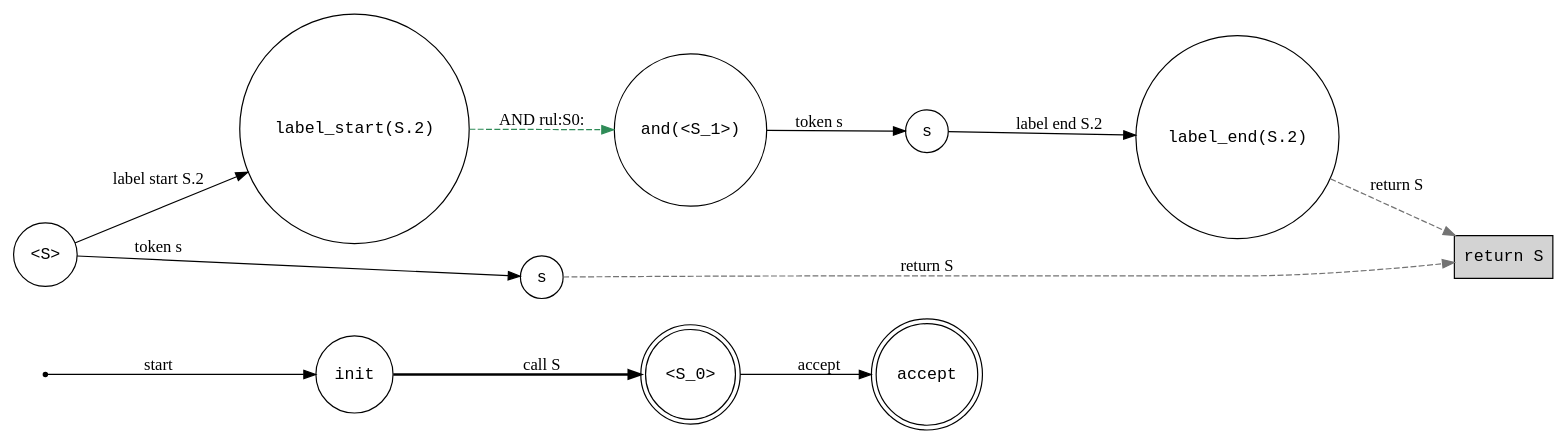
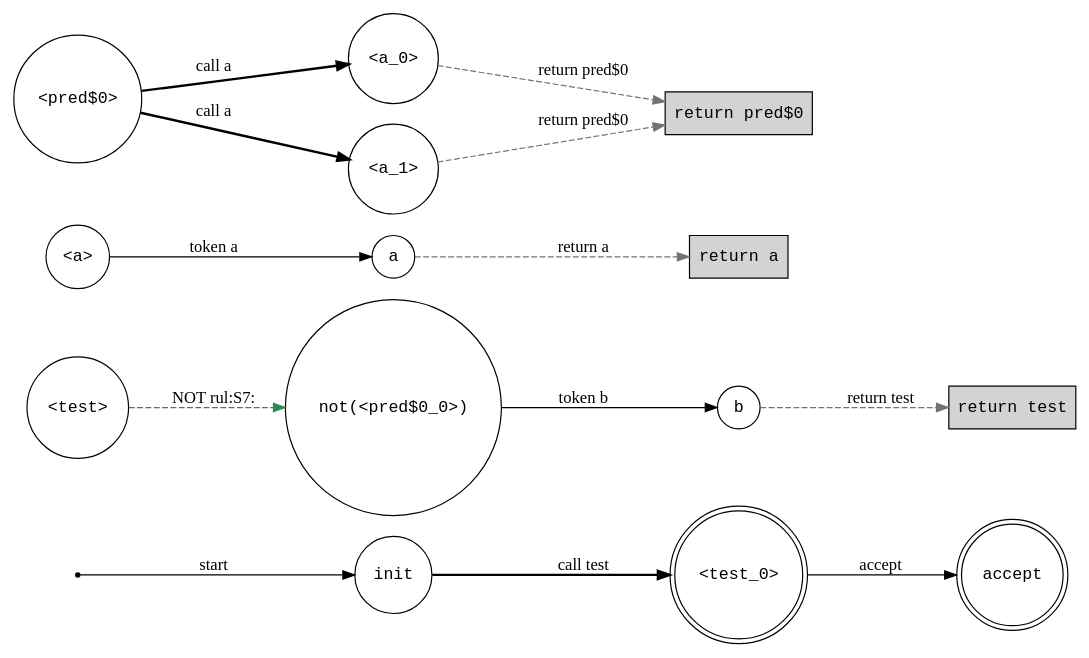
Before and after one commit to water-mizuu/glush_dart: the diagram in state-machine.dot, drawn with Graphviz. The commit also changed 12 other files, not shown here.

```diff
--- a/state-machine.dot
+++ b/state-machine.dot
@@ -1,25 +1,31 @@
 digraph StateMachine {
   rankdir=LR;
   node [fontname="Courier"];
   "__start__" [shape=point, label=""];
   "__accept__" [shape=doublecircle, label="accept"];
-  "__return_S__" [shape=box, label="return S", style=filled, fillcolor=lightgray];
+  "__return_test__" [shape=box, label="return test", style=filled, fillcolor=lightgray];
+  "__return_a__" [shape=box, label="return a", style=filled, fillcolor=lightgray];
+  "__return_pred$0__" [shape=box, label="return pred$0", style=filled, fillcolor=lightgray];
   "S0" [shape=circle, label="init"];
-  "S1" [shape=doublecircle, label="<S_0>"];
-  "S2" [shape=circle, label="<S>"];
-  "S3" [shape=circle, label="label_start(S.2)"];
-  "S4" [shape=circle, label="s"];
-  "S5" [shape=circle, label="and(<S_1>)"];
-  "S6" [shape=circle, label="s"];
-  "S7" [shape=circle, label="label_end(S.2)"];
+  "S1" [shape=doublecircle, label="<test_0>"];
+  "S2" [shape=circle, label="<test>"];
+  "S3" [shape=circle, label="not(<pred$0_0>)"];
+  "S4" [shape=circle, label="b"];
+  "S5" [shape=circle, label="<a>"];
+  "S6" [shape=circle, label="a"];
+  "S7" [shape=circle, label="<pred$0>"];
+  "S8" [shape=circle, label="<a_0>"];
+  "S9" [shape=circle, label="<a_1>"];
   "__start__" -> "S0" [label="start"];
-  "S0" -> "S1" [label="call S", style=bold];
+  "S0" -> "S1" [label="call test", style=bold];
   "S1" -> "__accept__" [label="accept"];
-  "S2" -> "S3" [label="label start S.2"];
-  "S2" -> "S4" [label="token s"];
-  "S3" -> "S5" [label="AND rul:S0:", style=dashed, color=seagreen4];
-  "S4" -> "__return_S__" [label="return S", style=dashed, color=gray45];
-  "S5" -> "S6" [label="token s"];
-  "S6" -> "S7" [label="label end S.2"];
-  "S7" -> "__return_S__" [label="return S", style=dashed, color=gray45];
+  "S2" -> "S3" [label="NOT rul:S7:", style=dashed, color=seagreen4];
+  "S3" -> "S4" [label="token b"];
+  "S4" -> "__return_test__" [label="return test", style=dashed, color=gray45];
+  "S5" -> "S6" [label="token a"];
+  "S6" -> "__return_a__" [label="return a", style=dashed, color=gray45];
+  "S7" -> "S8" [label="call a", style=bold];
+  "S7" -> "S9" [label="call a", style=bold];
+  "S8" -> "__return_pred$0__" [label="return pred$0", style=dashed, color=gray45];
+  "S9" -> "__return_pred$0__" [label="return pred$0", style=dashed, color=gray45];
 }
```
